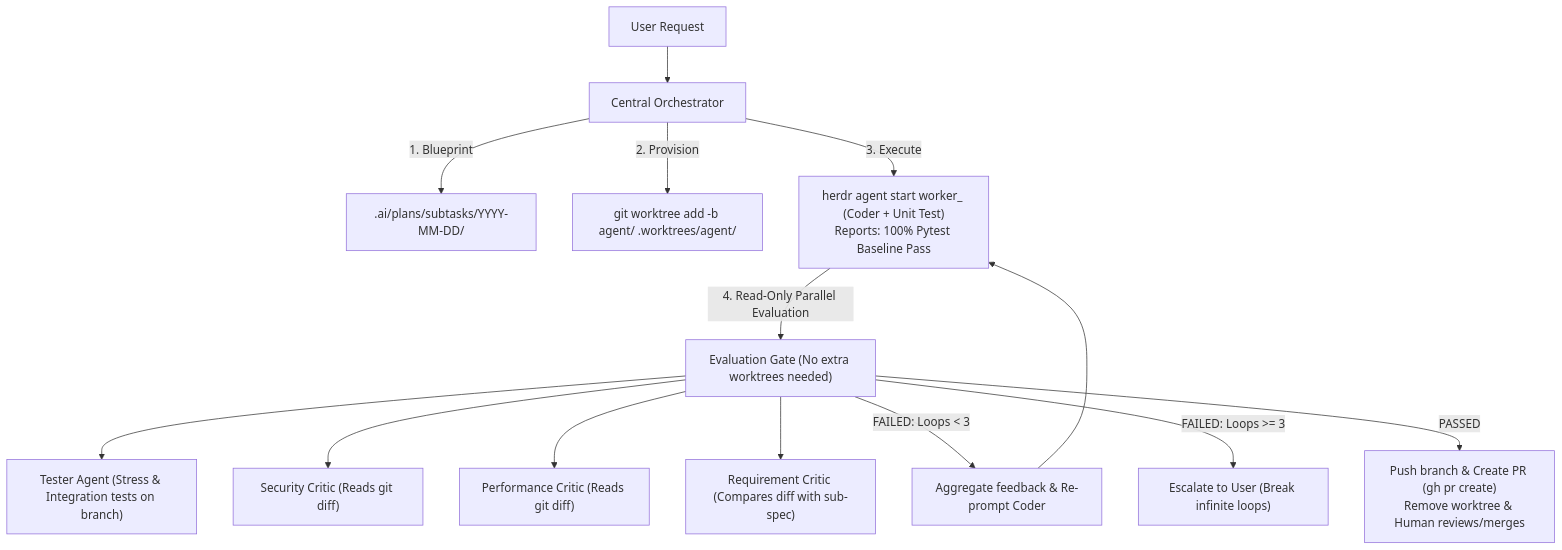
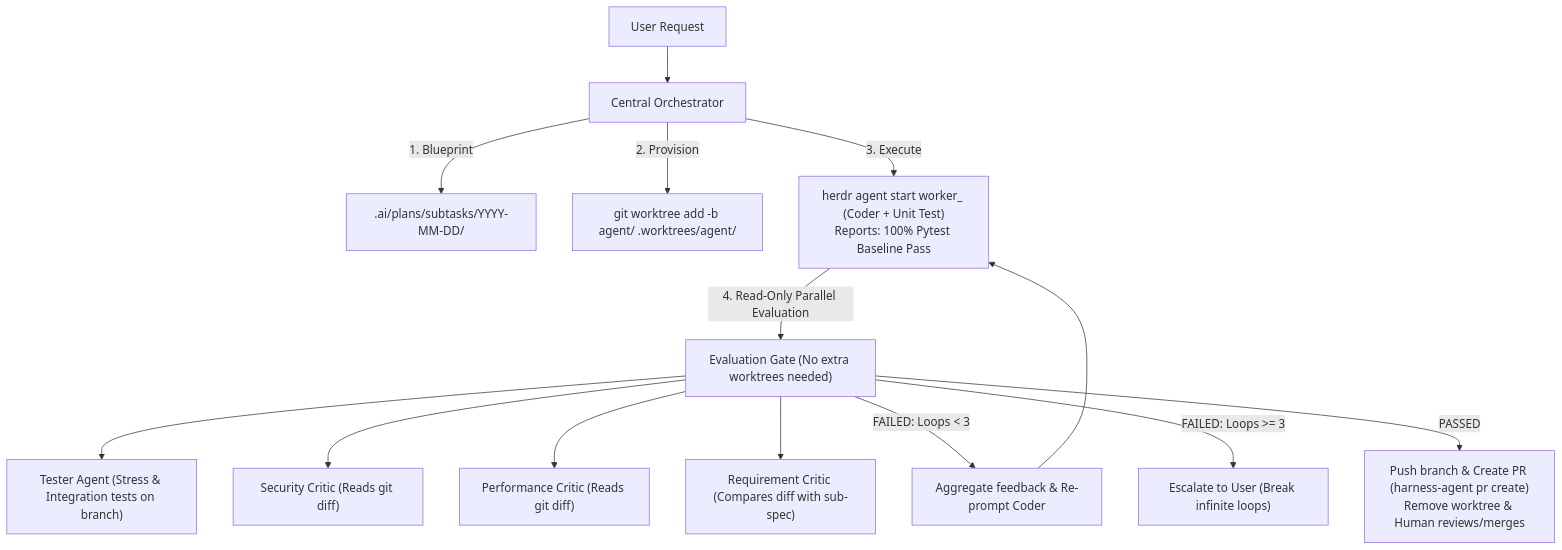
Before and after one commit to Khanhduong123/herness_agent: the second of 2 diagrams in AGENTS.md, drawn with Mermaid. The commit also changed other lines of this file and 6 other files, not shown here.

Commit message:
feat(cli): default output reports to .runs and enforce harness-agent pr create (#28)

````diff
--- a/AGENTS.md
+++ b/AGENTS.md
@@ -127,17 +127,17 @@
 ```mermaid
 graph TD
     User["User Request"] --> Orchestrator["Central Orchestrator"]
     Orchestrator -->|1. Blueprint| SubSpec[".ai/plans/subtasks/YYYY-MM-DD/"]
     Orchestrator -->|2. Provision| Worktree["git worktree add -b agent/<task_id> .worktrees/agent/<task_id>"]
     Orchestrator -->|3. Execute| Coder["herdr agent start worker_<task_id> (Coder + Unit Test)<br/>Reports: 100% Pytest Baseline Pass"]
     Coder -->|4. Read-Only Parallel Evaluation| EvalGate["Evaluation Gate (No extra worktrees needed)"]
     EvalGate --> Tester["Tester Agent (Stress & Integration tests on branch)"]
     EvalGate --> Security["Security Critic (Reads git diff)"]
     EvalGate --> Performance["Performance Critic (Reads git diff)"]
     EvalGate --> Requirement["Requirement Critic (Compares diff with sub-spec)"]
 
     EvalGate -->|FAILED: Loops < 3| Aggregate["Aggregate feedback & Re-prompt Coder"]
     Aggregate --> Coder
     EvalGate -->|FAILED: Loops >= 3| Escalate["Escalate to User (Break infinite loops)"]
-    EvalGate -->|PASSED| PR["Push branch & Create PR (gh pr create)<br/>Remove worktree & Human reviews/merges"]
+    EvalGate -->|PASSED| PR["Push branch & Create PR (harness-agent pr create)<br/>Remove worktree & Human reviews/merges"]
 ```
````
